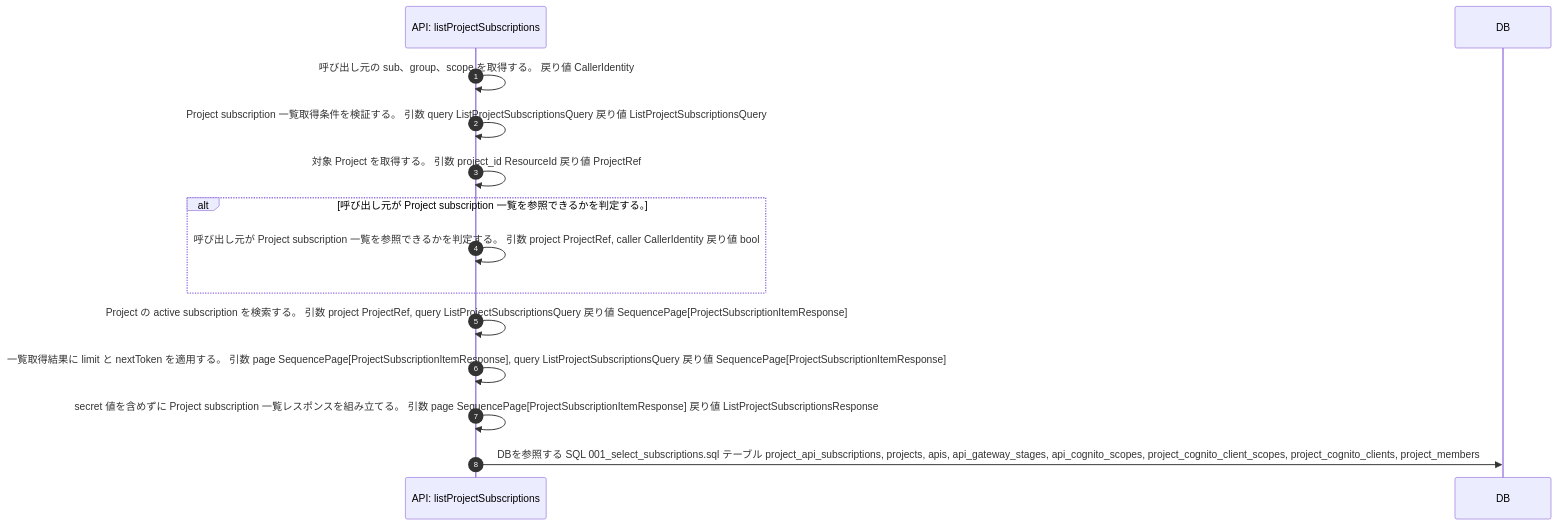
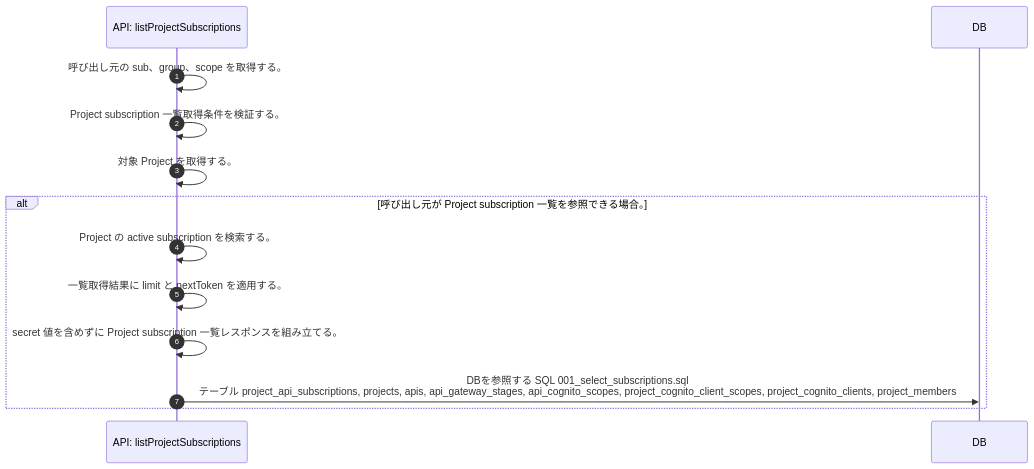
Before and after one commit to tsuji-tomonori/lazunex: the diagram in docs/spec/40.apis/projects/list_project_subscriptions/sequence_gen.md, drawn with Mermaid. The commit also changed 16 other files, not shown here.

First line of the commit message:
🐛 fix(api): sequence条件分岐の表示を修正

````diff
--- a/docs/spec/40.apis/projects/list_project_subscriptions/sequence_gen.md
+++ b/docs/spec/40.apis/projects/list_project_subscriptions/sequence_gen.md
@@ -5,16 +5,15 @@
 ```mermaid
 sequenceDiagram
   autonumber
   participant API as API: listProjectSubscriptions
   participant DB as DB
-  API->>API: 呼び出し元の sub、group、scope を取得する。 戻り値 CallerIdentity
-  API->>API: Project subscription 一覧取得条件を検証する。 引数 query ListProjectSubscriptionsQuery 戻り値 ListProjectSubscriptionsQuery
-  API->>API: 対象 Project を取得する。 引数 project_id ResourceId 戻り値 ProjectRef
-  alt 呼び出し元が Project subscription 一覧を参照できるかを判定する。
-    API->>API: 呼び出し元が Project subscription 一覧を参照できるかを判定する。 引数 project ProjectRef, caller CallerIdentity 戻り値 bool
+  API->>API: 呼び出し元の sub、group、scope を取得する。
+  API->>API: Project subscription 一覧取得条件を検証する。
+  API->>API: 対象 Project を取得する。
+  alt 呼び出し元が Project subscription 一覧を参照できる場合。
+    API->>API: Project の active subscription を検索する。
+    API->>API: 一覧取得結果に limit と nextToken を適用する。
+    API->>API: secret 値を含めずに Project subscription 一覧レスポンスを組み立てる。
+    API->>DB: DBを参照する SQL 001_select_subscriptions.sql<br/>テーブル project_api_subscriptions, projects, apis, api_gateway_stages, api_cognito_scopes, project_cognito_client_scopes, project_cognito_clients, project_members
   end
-  API->>API: Project の active subscription を検索する。 引数 project ProjectRef, query ListProjectSubscriptionsQuery 戻り値 SequencePage[ProjectSubscriptionItemResponse]
-  API->>API: 一覧取得結果に limit と nextToken を適用する。 引数 page SequencePage[ProjectSubscriptionItemResponse], query ListProjectSubscriptionsQuery 戻り値 SequencePage[ProjectSubscriptionItemResponse]
-  API->>API: secret 値を含めずに Project subscription 一覧レスポンスを組み立てる。 引数 page SequencePage[ProjectSubscriptionItemResponse] 戻り値 ListProjectSubscriptionsResponse
-  API->>DB: DBを参照する SQL 001_select_subscriptions.sql テーブル project_api_subscriptions, projects, apis, api_gateway_stages, api_cognito_scopes, project_cognito_client_scopes, project_cognito_clients, project_members
 ```
````
